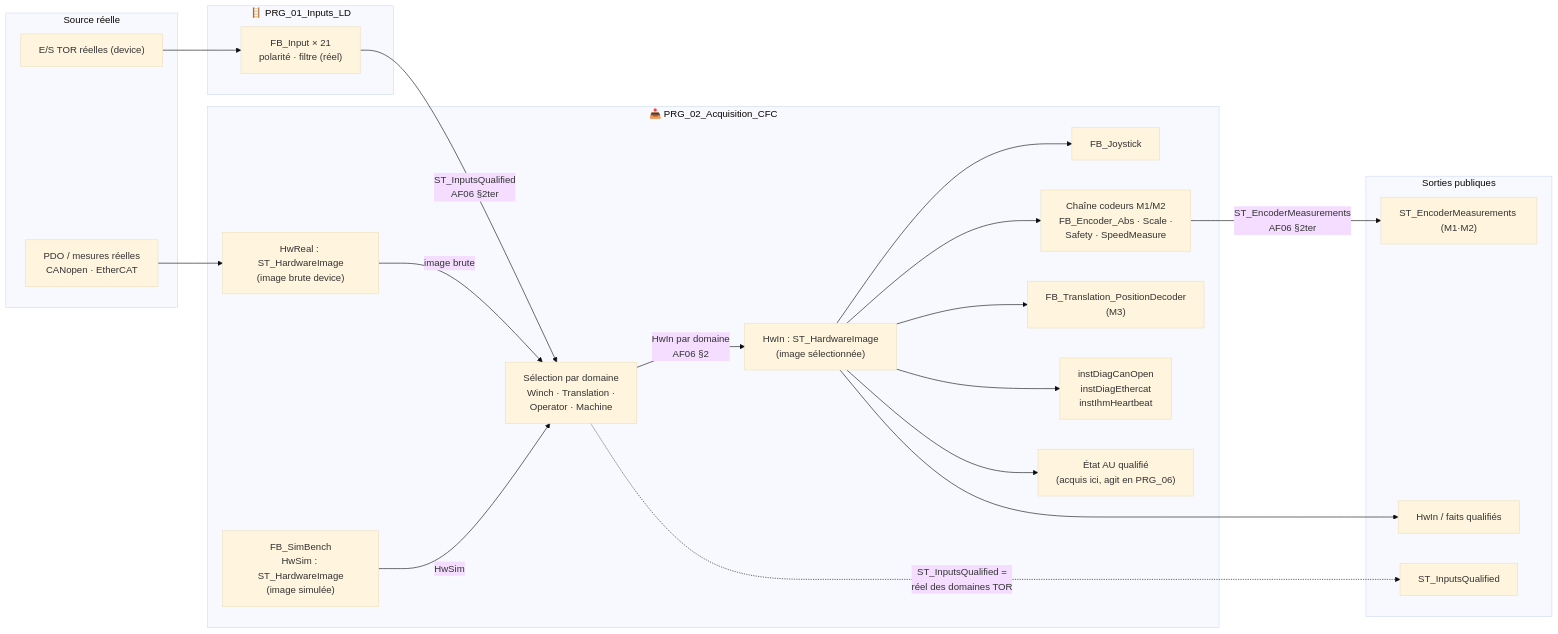
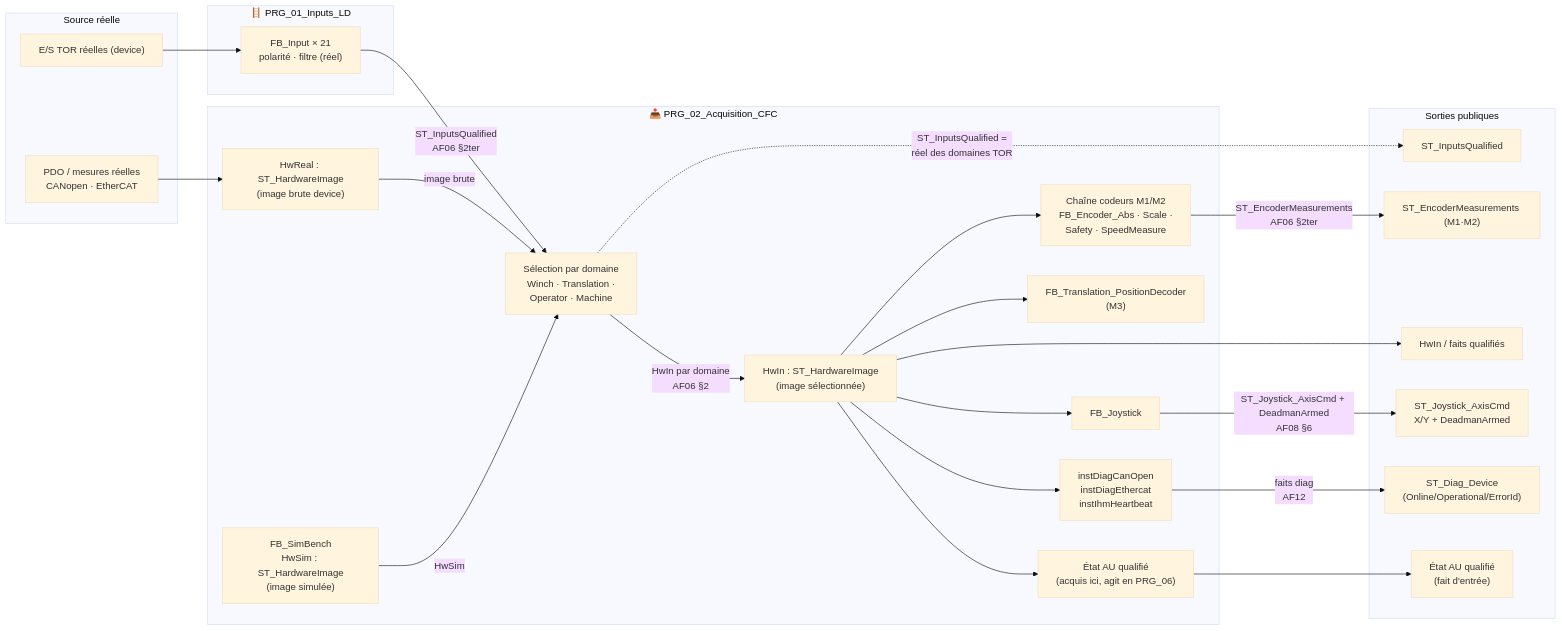
The second of 7 diagrams in DOC/AUDITS/Architecture/DIAGRAMME_ARCHITECTURE_CFC_TARGET.md (MatGros/2026_Projet_YGO_ExcavatriceDragage), drawn with Mermaid (base theme) before and after one commit. The commit also changed other lines of this file, not shown here.

Commit message:
DOC: diagramme architecture - zooms precis joystick/diag/AU/PositionDecoder + sorties DUT vers metiers

````diff
--- a/DOC/AUDITS/Architecture/DIAGRAMME_ARCHITECTURE_CFC_TARGET.md
+++ b/DOC/AUDITS/Architecture/DIAGRAMME_ARCHITECTURE_CFC_TARGET.md
@@ -53,41 +53,47 @@
 ```mermaid
 flowchart LR
     subgraph S1["Source réelle"]
         TOR["E/S TOR réelles (device)"]
         PDO["PDO / mesures réelles<br/>CANopen · EtherCAT"]
     end
     subgraph L1["🪜 PRG_01_Inputs_LD"]
         FBIN["FB_Input × 21<br/>polarité · filtre (réel)"]
     end
     subgraph A2["📥 PRG_02_Acquisition_CFC"]
         HR["HwReal : ST_HardwareImage<br/>(image brute device)"]
         SMB["FB_SimBench<br/>HwSim : ST_HardwareImage<br/>(image simulée)"]
         SEL["Sélection par domaine<br/>Winch · Translation ·<br/>Operator · Machine"]
         HI["HwIn : ST_HardwareImage<br/>(image sélectionnée)"]
         JST["FB_Joystick"]
         COD["Chaîne codeurs M1/M2<br/>FB_Encoder_Abs · Scale ·<br/>Safety · SpeedMeasure"]
         DEC["FB_Translation_PositionDecoder<br/>(M3)"]
         DIA["instDiagCanOpen<br/>instDiagEthercat<br/>instIhmHeartbeat"]
         AU["État AU qualifié<br/>(acquis ici, agit en PRG_06)"]
     end
     subgraph DUT["Sorties publiques"]
         IQ["ST_InputsQualified"]
         EM["ST_EncoderMeasurements (M1·M2)"]
         HW["HwIn / faits qualifiés"]
+        JAX["ST_Joystick_AxisCmd<br/>X/Y + DeadmanArmed"]
+        DDEV["ST_Diag_Device<br/>(Online/Operational/ErrorId)"]
+        AUF["État AU qualifié<br/>(fait d'entrée)"]
     end
 
     TOR --> FBIN
     FBIN -->|ST_InputsQualified<br/>AF06 §2ter| SEL
     PDO --> HR
     HR -->|image brute| SEL
     SMB -->|HwSim| SEL
     SEL -->|HwIn par domaine<br/>AF06 §2| HI
     HI --> JST
     HI --> COD
     HI --> DEC
     HI --> DIA
     HI --> AU
     COD -->|ST_EncoderMeasurements<br/>AF06 §2ter| EM
     SEL -.->|ST_InputsQualified =<br/>réel des domaines TOR| IQ
     HI --> HW
+    JST -->|ST_Joystick_AxisCmd + DeadmanArmed<br/>AF08 §6| JAX
+    DIA -->|faits diag<br/>AF12| DDEV
+    AU --> AUF
 ```
````
